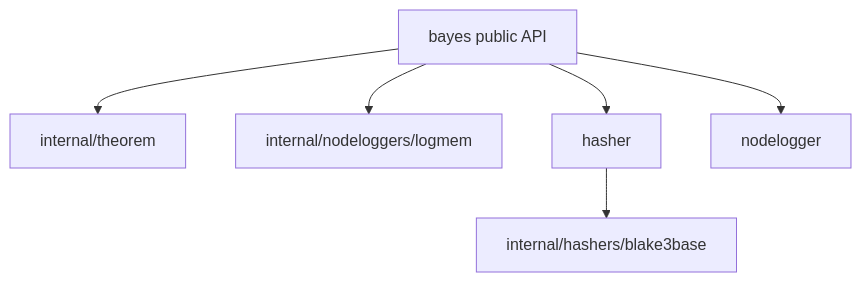
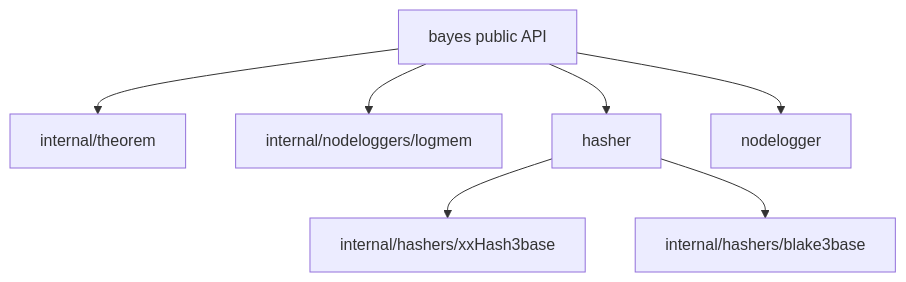
One commit to KEINOS/go-bayes changed the diagram in README.md. Above: the diagram before and after it, drawn with Mermaid. The commit also changed other lines of this file and 13 other files, not shown here.

````diff
--- a/README.md
+++ b/README.md
@@ -112,8 +113,9 @@
 ```mermaid
 flowchart TD
         A[bayes public API] --> B[internal/theorem]
     A --> C[internal/nodeloggers/logmem]
     A --> D[hasher]
-        D --> E[internal/hashers/blake3base]
+        D --> E[internal/hashers/xxHash3base]
+        D --> G[internal/hashers/blake3base]
     A --> F[nodelogger]
 ```
````
